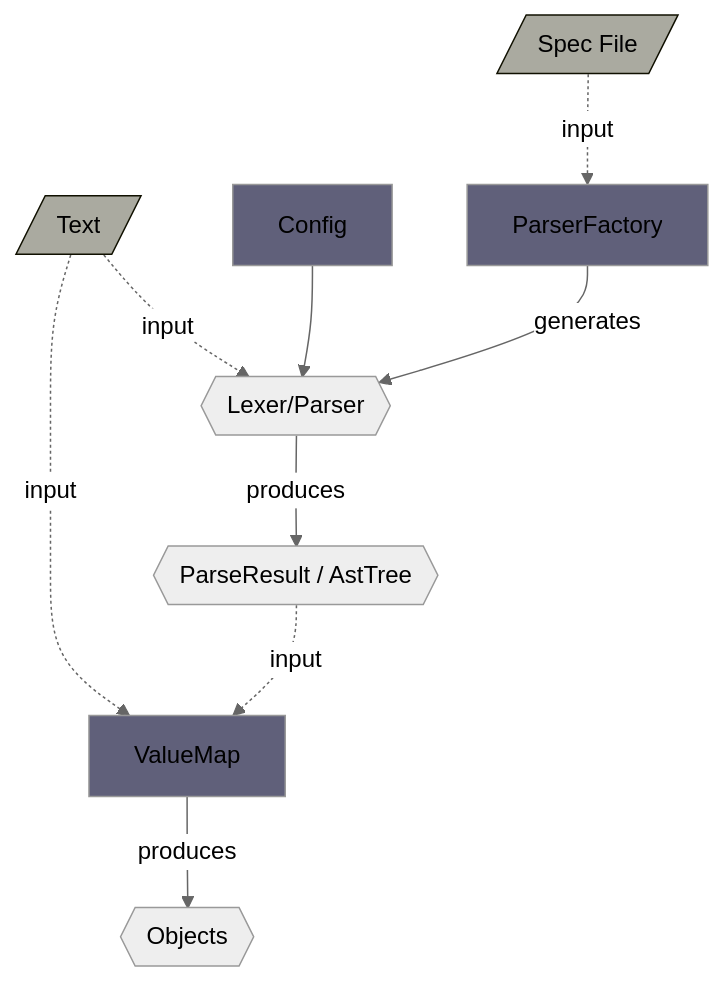
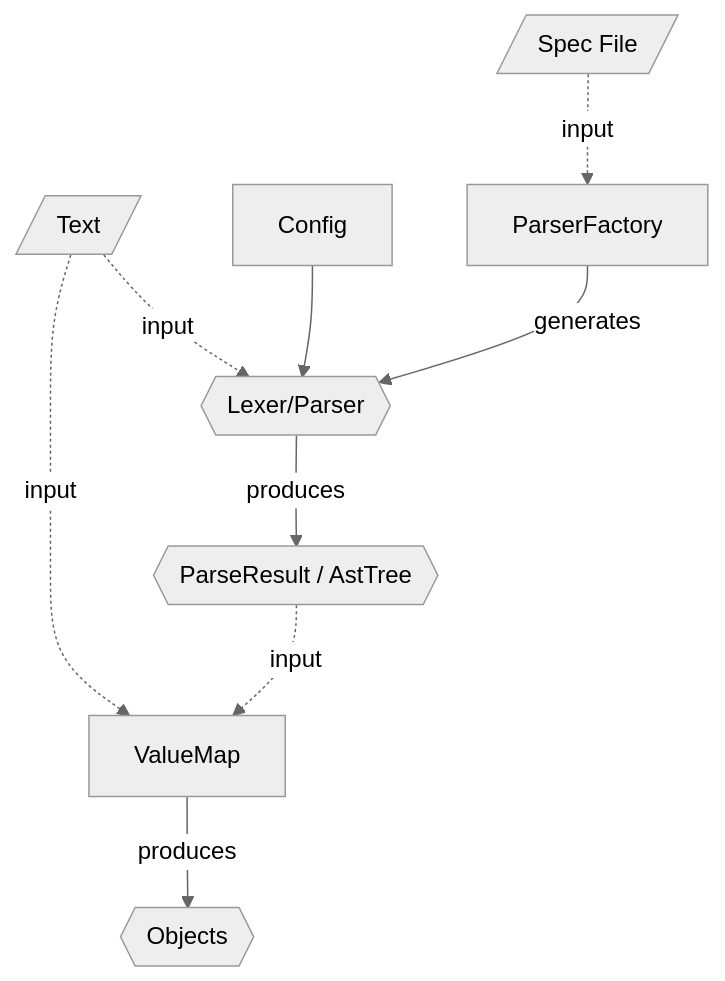
Before and after one commit to pointlesspun/gg.ast: the first of 3 diagrams in readme.md, drawn with Mermaid (neutral theme). The commit also changed other lines of this file and 8 other files, not shown here.

````diff
--- a/readme.md
+++ b/readme.md
@@ -13,18 +13,12 @@
 ```mermaid
 flowchart TD
 Text[/Text/] -. input .-> LP
 Text[/Text/] -. input .-> VM
 Config:::code --> LP
 LP{{Lexer/Parser}} -- produces --> AT
 PF[ParserFactory] -- generates --> LP
 Spec[/Spec File/] -. input .-> PF
 AT{{ParseResult / AstTree}} -. input .-> VM
 VM[ValueMap] -- produces --> Objects
 Objects{{Objects}}
-
-style Text fill:#AAAAA0,stroke:#101000,color:#000
-style Spec fill:#AAAAA0,stroke:#101000,color:#000
-style Config fill:#60607A
-style PF fill:#60607A
-style VM fill:#60607A
 ```
````
